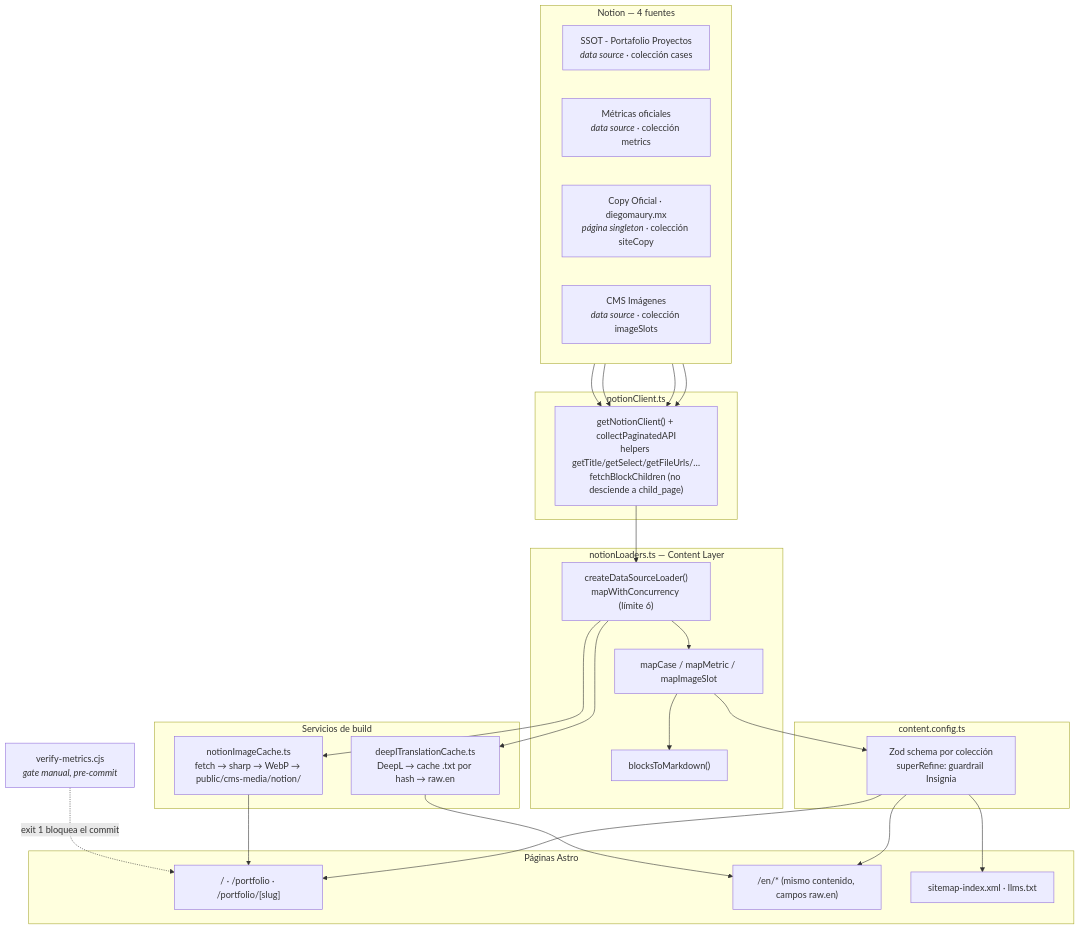
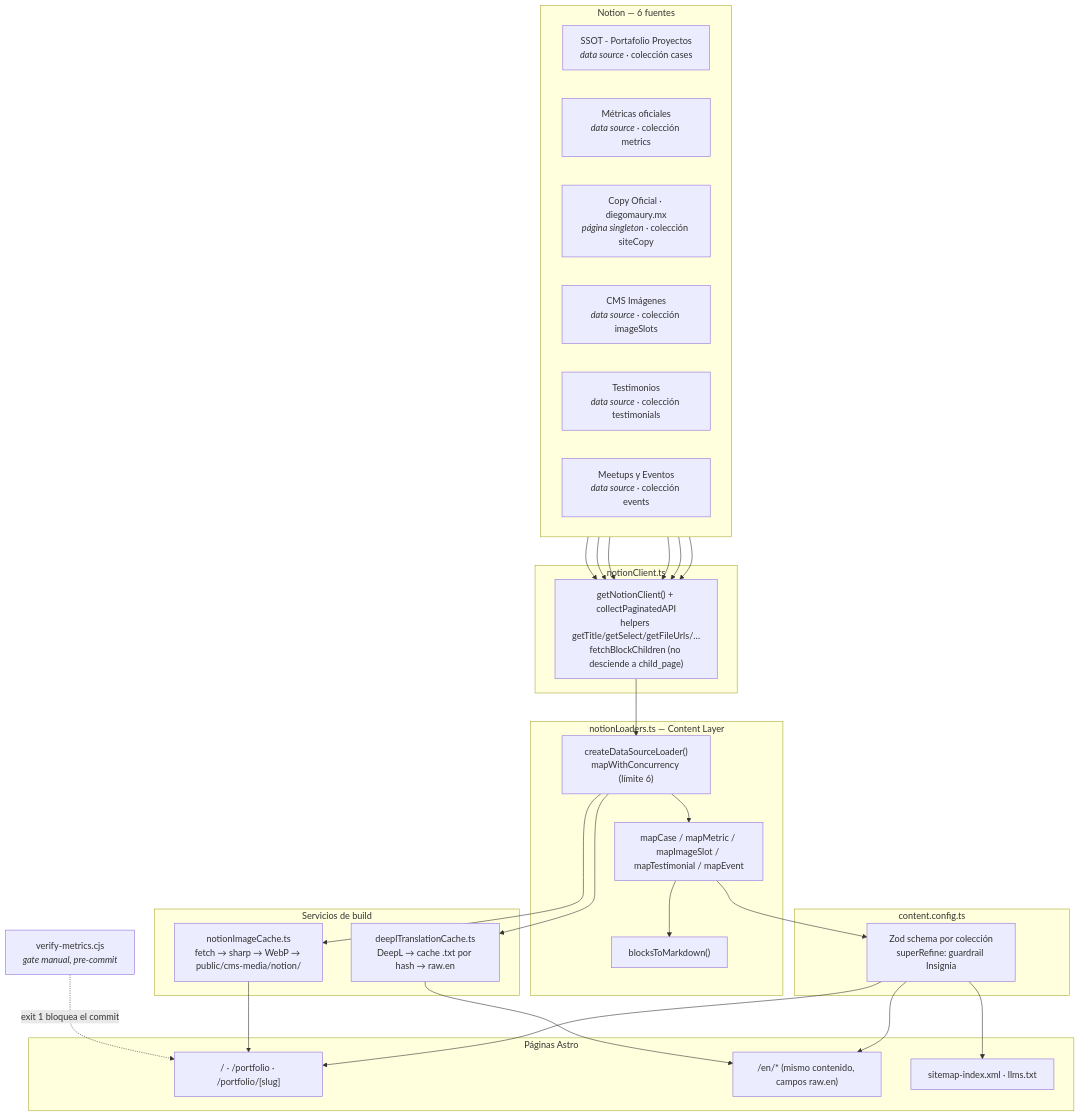
Before and after one commit to diegomaury-mx/notion-cms: the diagram in docs/01-architecture.md, drawn with Mermaid. The commit also changed other lines of this file and 10 other files, not shown here.

````diff
--- a/docs/01-architecture.md
+++ b/docs/01-architecture.md
@@ -11,45 +11,47 @@
 ```mermaid
 flowchart TB
-  subgraph N["Notion — 4 fuentes"]
+  subgraph N["Notion — 6 fuentes"]
     direction LR
     N1["SSOT - Portafolio Proyectos<br/><i>data source</i> · colección cases"]
     N2["Métricas oficiales<br/><i>data source</i> · colección metrics"]
     N3["Copy Oficial · diegomaury.mx<br/><i>página singleton</i> · colección siteCopy"]
     N4["CMS Imágenes<br/><i>data source</i> · colección imageSlots"]
+    N5["Testimonios<br/><i>data source</i> · colección testimonials"]
+    N6["Meetups y Eventos<br/><i>data source</i> · colección events"]
   end
 
   subgraph CLIENT["notionClient.ts"]
     NC["getNotionClient() + collectPaginatedAPI<br/>helpers getTitle/getSelect/getFileUrls/…<br/>fetchBlockChildren (no desciende a child_page)"]
   end
 
   subgraph LOADERS["notionLoaders.ts — Content Layer"]
     LF["createDataSourceLoader()<br/>mapWithConcurrency (límite 6)"]
-    MC["mapCase / mapMetric / mapImageSlot"]
+    MC["mapCase / mapMetric / mapImageSlot / mapTestimonial / mapEvent"]
     BM["blocksToMarkdown()"]
   end
 
   subgraph SIDE["Servicios de build"]
     IMG["notionImageCache.ts<br/>fetch → sharp → WebP → public/cms-media/notion/"]
     DPL["deeplTranslationCache.ts<br/>DeepL → cache .txt por hash → raw.en"]
   end
 
   subgraph VAL["content.config.ts"]
     ZOD["Zod schema por colección<br/>superRefine: guardrail Insignia"]
   end
 
   subgraph ASTRO["Páginas Astro"]
     P1["/ · /portfolio · /portfolio/[slug]"]
     P2["/en/* (mismo contenido, campos raw.en)"]
     P3["sitemap-index.xml · llms.txt"]
   end
 
   GATE["verify-metrics.cjs<br/><i>gate manual, pre-commit</i>"]
 
-  N1 & N2 & N3 & N4 --> NC --> LF --> MC --> BM
+  N1 & N2 & N3 & N4 & N5 & N6 --> NC --> LF --> MC --> BM
   LF --> IMG
   LF --> DPL
   MC --> ZOD --> P1 & P2 & P3
   IMG --> P1
   DPL --> P2
   GATE -.->|exit 1 bloquea el commit| P1
 ```
````
